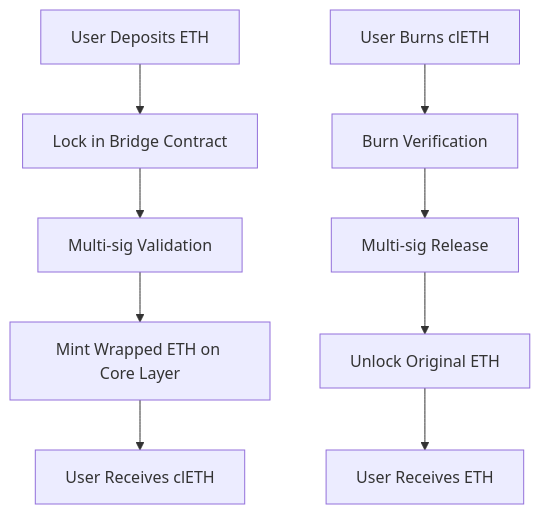
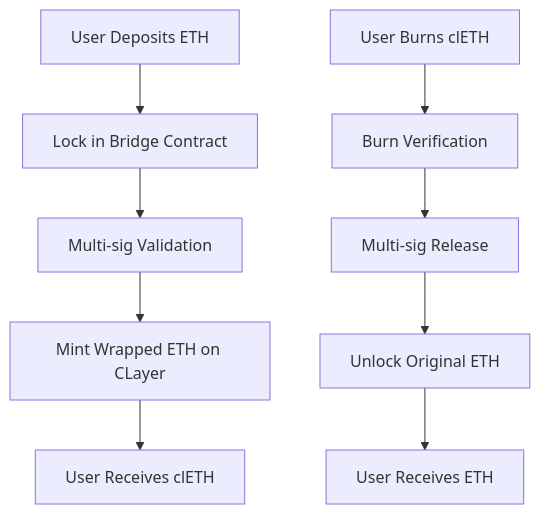
One commit to CLayer-dev/docs changed the diagram in docs/development/cross-chain-bridge.md. Above: the diagram before and after it, drawn with Mermaid. The commit also changed other lines of this file and 70 other files, not shown here.

Commit message:
updated to circle layer to clayer for rebranding

````diff
--- a/docs/development/cross-chain-bridge.md
+++ b/docs/development/cross-chain-bridge.md
@@ -30,12 +30,12 @@
 ```mermaid
 graph TD
     A[User Deposits ETH] --> B[Lock in Bridge Contract]
     B --> C[Multi-sig Validation]
-    C --> D[Mint Wrapped ETH on Core Layer]
+    C --> D[Mint Wrapped ETH on CLayer]
     D --> E[User Receives clETH]
     
     F[User Burns clETH] --> G[Burn Verification]
     G --> H[Multi-sig Release]
     H --> I[Unlock Original ETH]
     I --> J[User Receives ETH]
 ```
````
